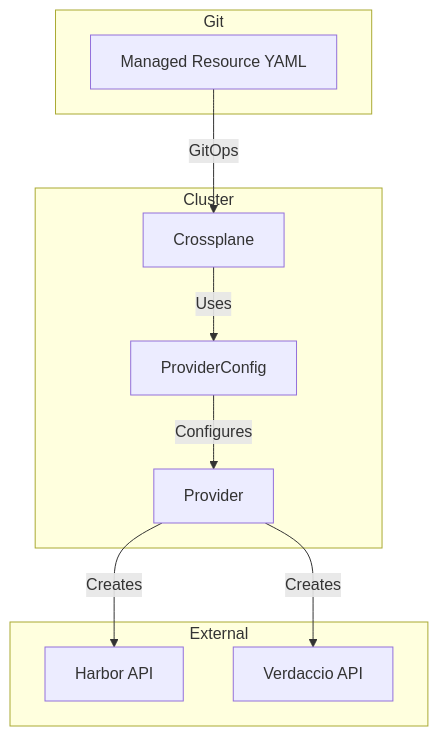
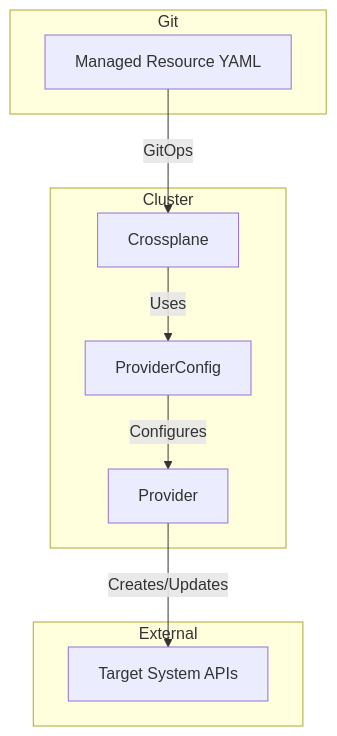
One commit to ProficientnowTech/pn-platform changed the second of 5 diagrams in docs/platform/rfcs/iam/07-gitops-integration.md. Above: the diagram before and after it, drawn with Mermaid. The commit also changed other lines of this file and 16 other files, not shown here.

````diff
--- a/docs/platform/rfcs/iam/07-gitops-integration.md
+++ b/docs/platform/rfcs/iam/07-gitops-integration.md
@@ -98,23 +149,21 @@
 ```mermaid
 flowchart TB
     subgraph Git
         MR[Managed Resource YAML]
     end
 
     subgraph Cluster
         CP[Crossplane]
         PC[ProviderConfig]
         P[Provider]
     end
 
     subgraph External
-        Harbor[Harbor API]
-        Verdaccio[Verdaccio API]
+        Target[Target System APIs]
     end
 
     MR -->|GitOps| CP
     CP -->|Uses| PC
     PC -->|Configures| P
-    P -->|Creates| Harbor
-    P -->|Creates| Verdaccio
+    P -->|Creates/Updates| Target
 ```
````
